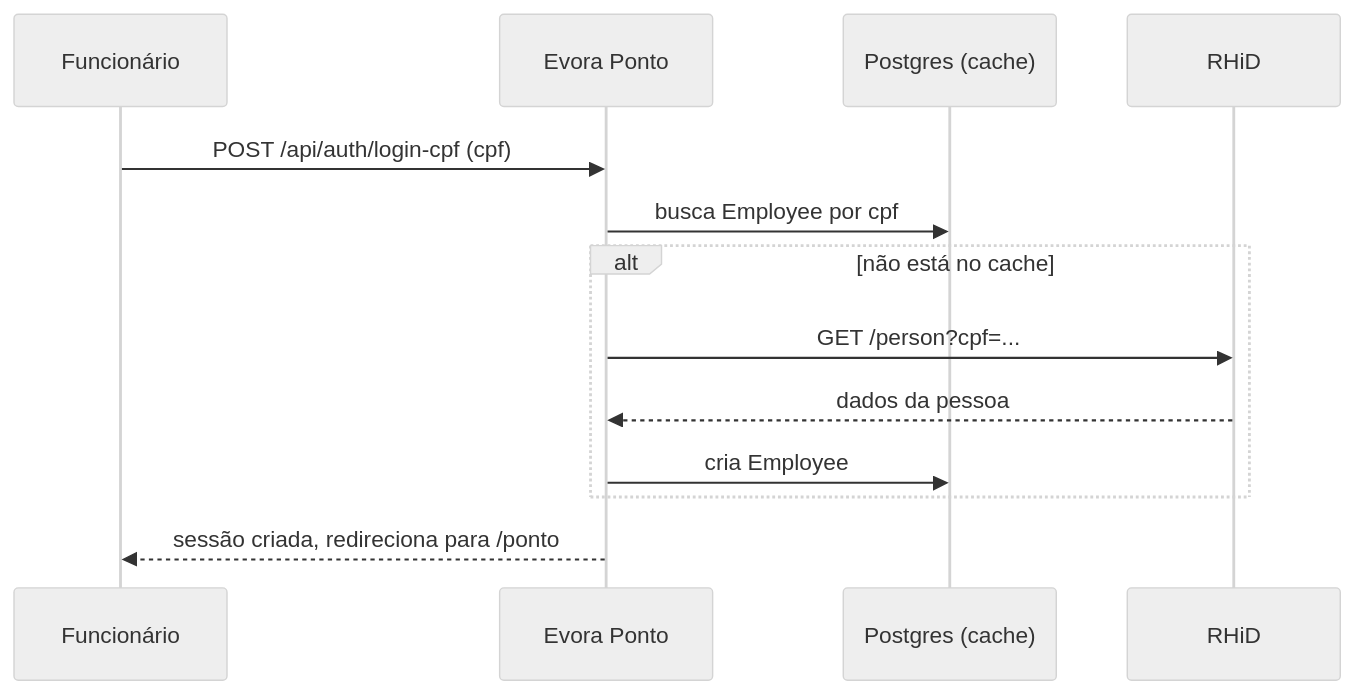
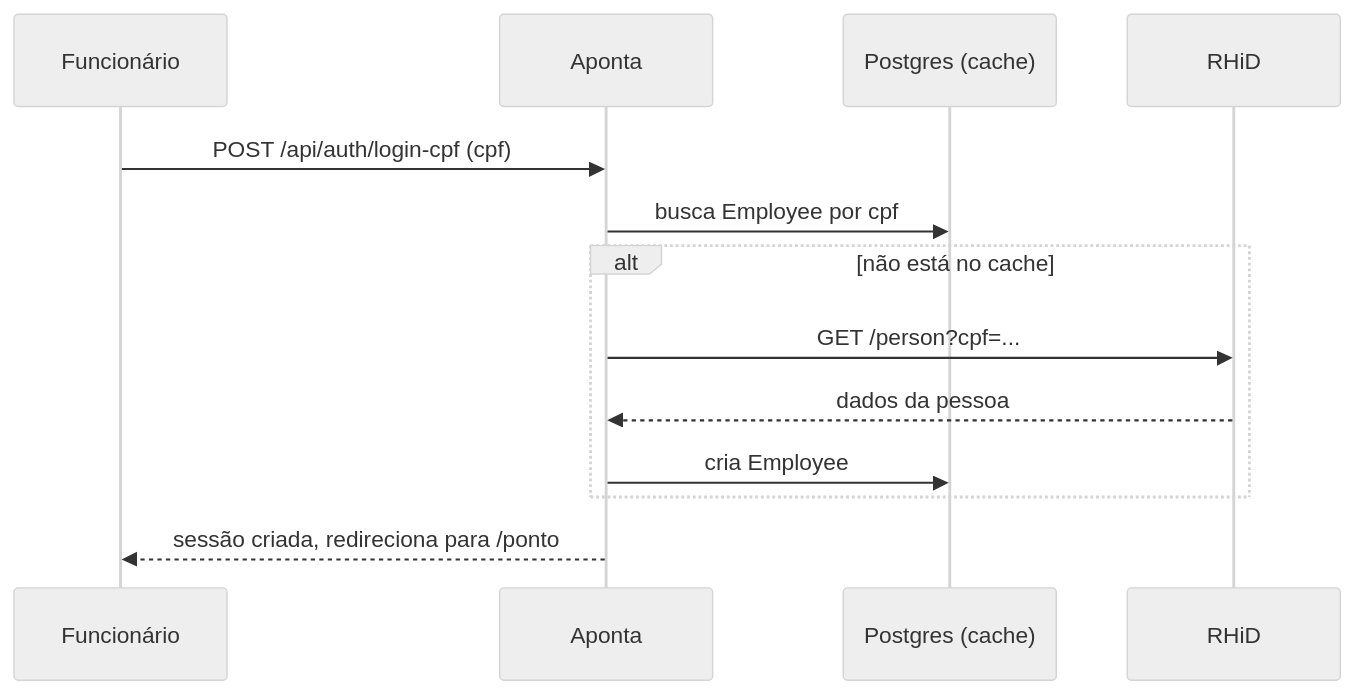
One commit to yamatopotter/Aponta changed the fourth of 6 diagrams in docs/ARQUITETURA.md. Above: the diagram before and after it, drawn with Mermaid (neutral theme). The commit also changed other lines of this file and 4 other files, not shown here.

First line of the commit message:
Renomeia o sistema de "Evora Ponto" para "Aponta" nos textos restantes

````diff
--- a/docs/ARQUITETURA.md
+++ b/docs/ARQUITETURA.md
@@ -318,16 +318,16 @@
 ```mermaid
 sequenceDiagram
     participant F as Funcionário
-    participant APP as Evora Ponto
+    participant APP as Aponta
     participant DB as Postgres (cache)
     participant RHID as RHiD
 
     F->>APP: POST /api/auth/login-cpf (cpf)
     APP->>DB: busca Employee por cpf
     alt não está no cache
         APP->>RHID: GET /person?cpf=...
         RHID-->>APP: dados da pessoa
         APP->>DB: cria Employee
     end
     APP-->>F: sessão criada, redireciona para /ponto
 ```
````
